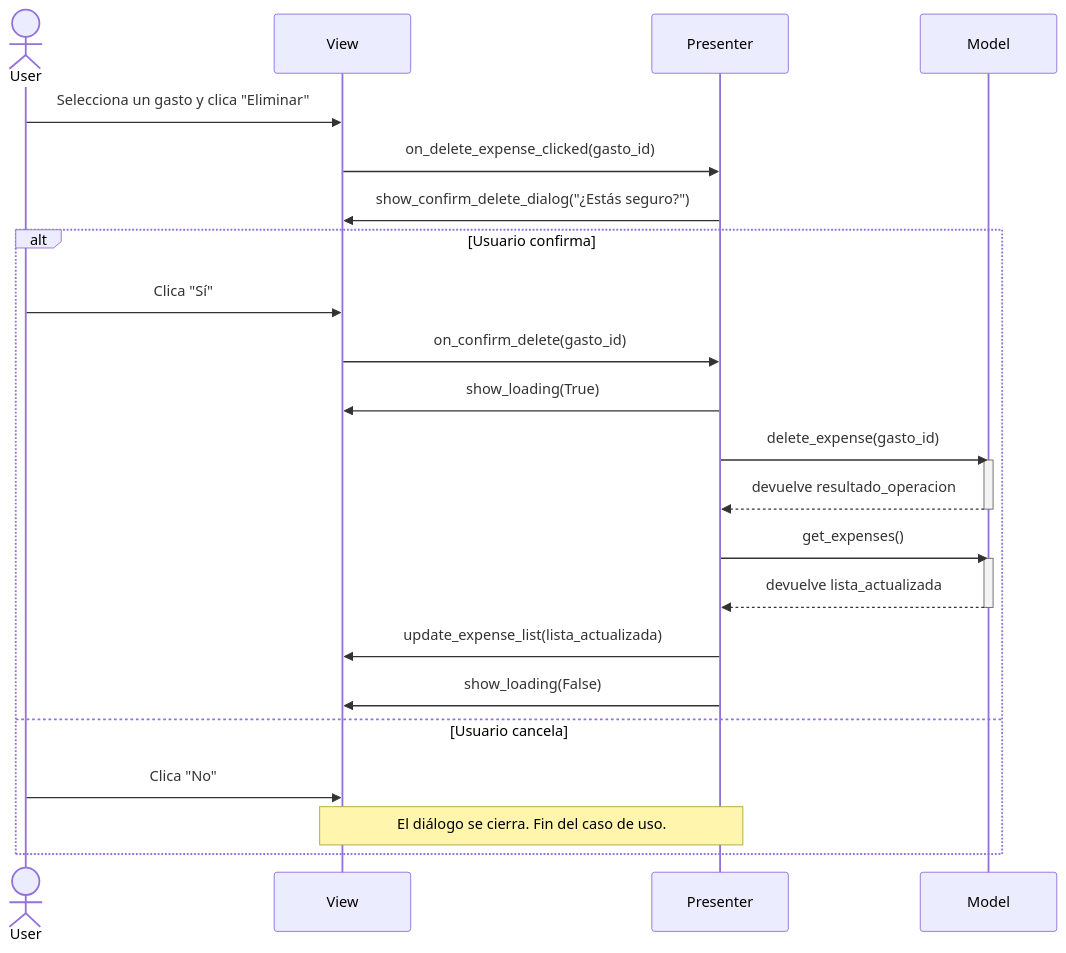
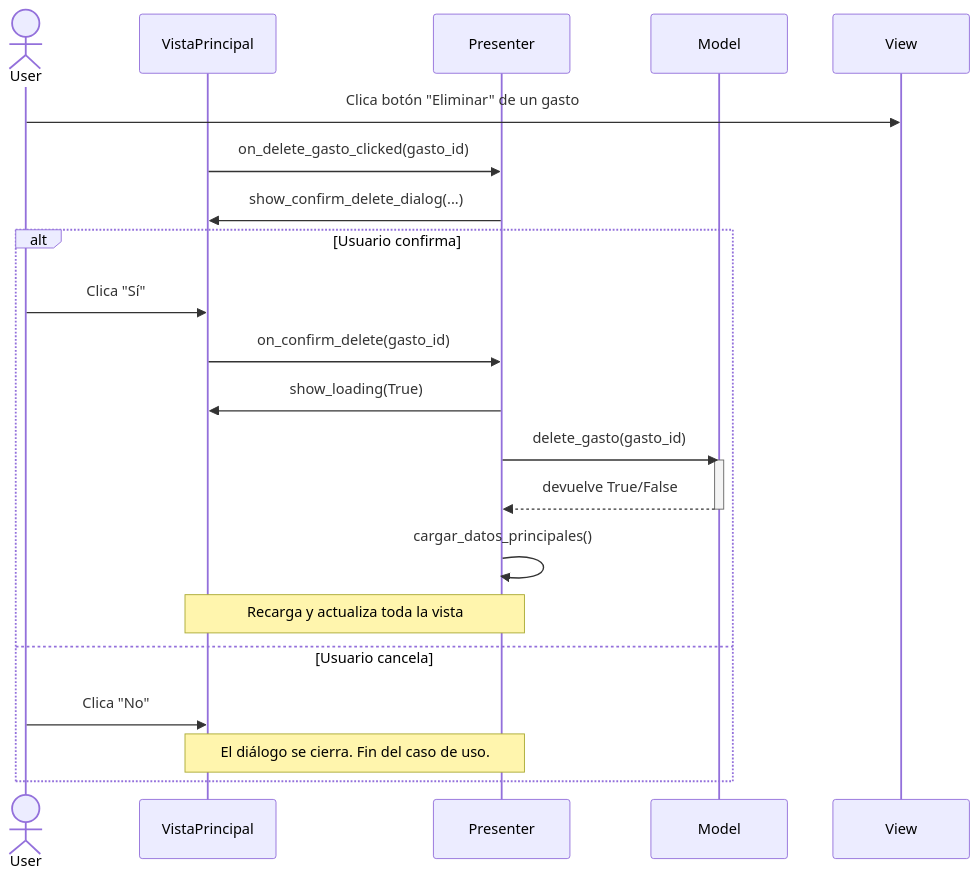
One commit to pablofernandezz/hmi-desktop-app changed the fifth of 6 diagrams in diseño_sw.md. Above: the diagram before and after it, drawn with Mermaid. The commit also changed other lines of this file and 1 other file, not shown here.

Commit message:
Corrección pantallas de carga y diagramas corregidos y finalizados.

````diff
--- a/diseño_sw.md
+++ b/diseño_sw.md
@@ -222,36 +228,31 @@
 ```mermaid
 sequenceDiagram
     actor User
-    participant View
+    participant VistaPrincipal
     participant Presenter
     participant Model
 
-    User->>View: Selecciona un gasto y clica "Eliminar"
-    View->>Presenter: on_delete_expense_clicked(gasto_id)
+    User->>View: Clica botón "Eliminar" de un gasto
+    VistaPrincipal->>Presenter: on_delete_gasto_clicked(gasto_id)
 
-    Presenter->>View: show_confirm_delete_dialog("¿Estás seguro?")
-    
+    Presenter->>VistaPrincipal: show_confirm_delete_dialog(...)
+
     alt Usuario confirma
-        User->>View: Clica "Sí"
-        View->>Presenter: on_confirm_delete(gasto_id)
+        User->>VistaPrincipal: Clica "Sí"
+        VistaPrincipal->>Presenter: on_confirm_delete(gasto_id)
 
-        Presenter->>View: show_loading(True)
+        Presenter->>VistaPrincipal: show_loading(True)
 
-        Presenter->>Model: delete_expense(gasto_id)
+        Presenter->>Model: delete_gasto(gasto_id)
         activate Model
-        Model-->>Presenter: devuelve resultado_operacion
+        Model-->>Presenter: devuelve True/False
         deactivate Model
 
-        Presenter->>Model: get_expenses()
-        activate Model
-        Model-->>Presenter: devuelve lista_actualizada
-        deactivate Model
-
-        Presenter->>View: update_expense_list(lista_actualizada)
-        Presenter->>View: show_loading(False)
+        Presenter->>Presenter: cargar_datos_principales()
+        Note over Presenter, VistaPrincipal: Recarga y actualiza toda la vista
 
     else Usuario cancela
-        User->>View: Clica "No"
-        Note over View, Presenter: El diálogo se cierra. Fin del caso de uso.
+        User->>VistaPrincipal: Clica "No"
+        Note over VistaPrincipal, Presenter: El diálogo se cierra. Fin del caso de uso.
     end
 ```
````
